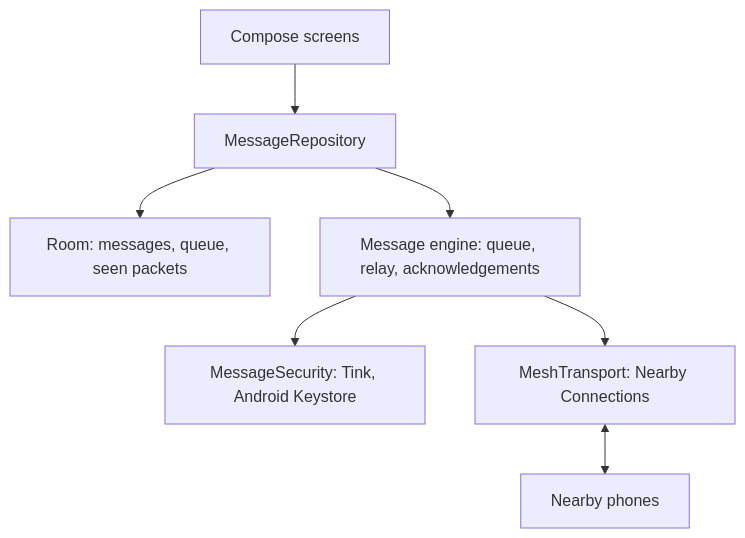
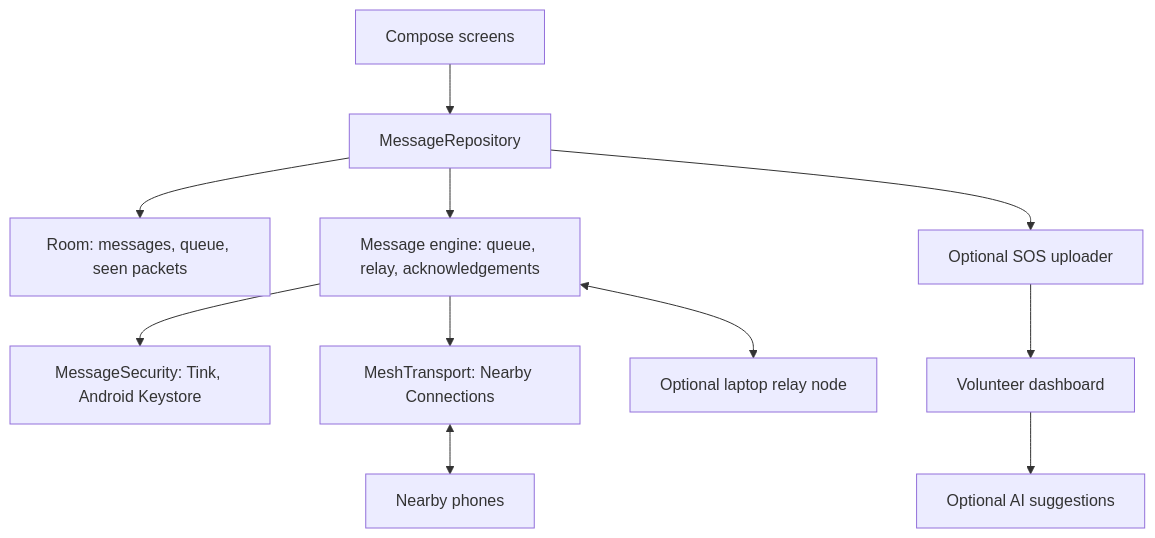
Before and after one commit to cbitosc/HFT26-TEAM-30: the diagram in README.md, drawn with Mermaid. The commit also changed other lines of this file and 3 other files, not shown here.

````diff
--- a/README.md
+++ b/README.md
@@ -47,9 +51,13 @@
 ```mermaid
 flowchart TD
     UI["Compose screens"] --> Repo["MessageRepository"]
     Repo --> Room["Room: messages, queue, seen packets"]
     Repo --> Engine["Message engine: queue, relay, acknowledgements"]
     Engine --> Security["MessageSecurity: Tink, Android Keystore"]
     Engine --> Transport["MeshTransport: Nearby Connections"]
     Transport <--> Peers["Nearby phones"]
+    Engine <--> Laptop["Optional laptop relay node"]
+    Repo --> Upload["Optional SOS uploader"]
+    Upload --> Dashboard["Volunteer dashboard"]
+    Dashboard --> AI["Optional AI suggestions"]
 ```
````
